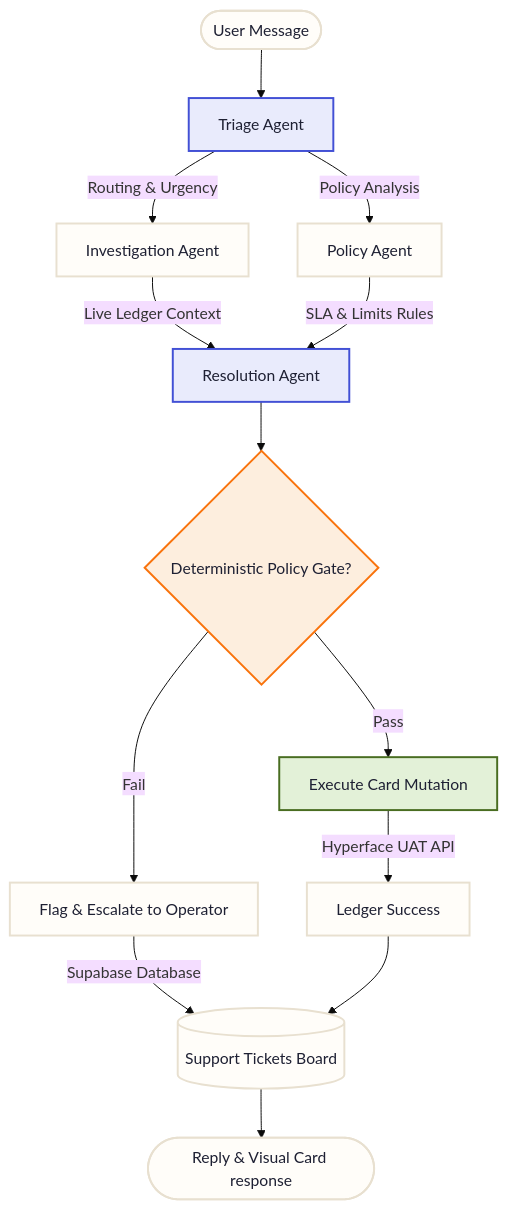
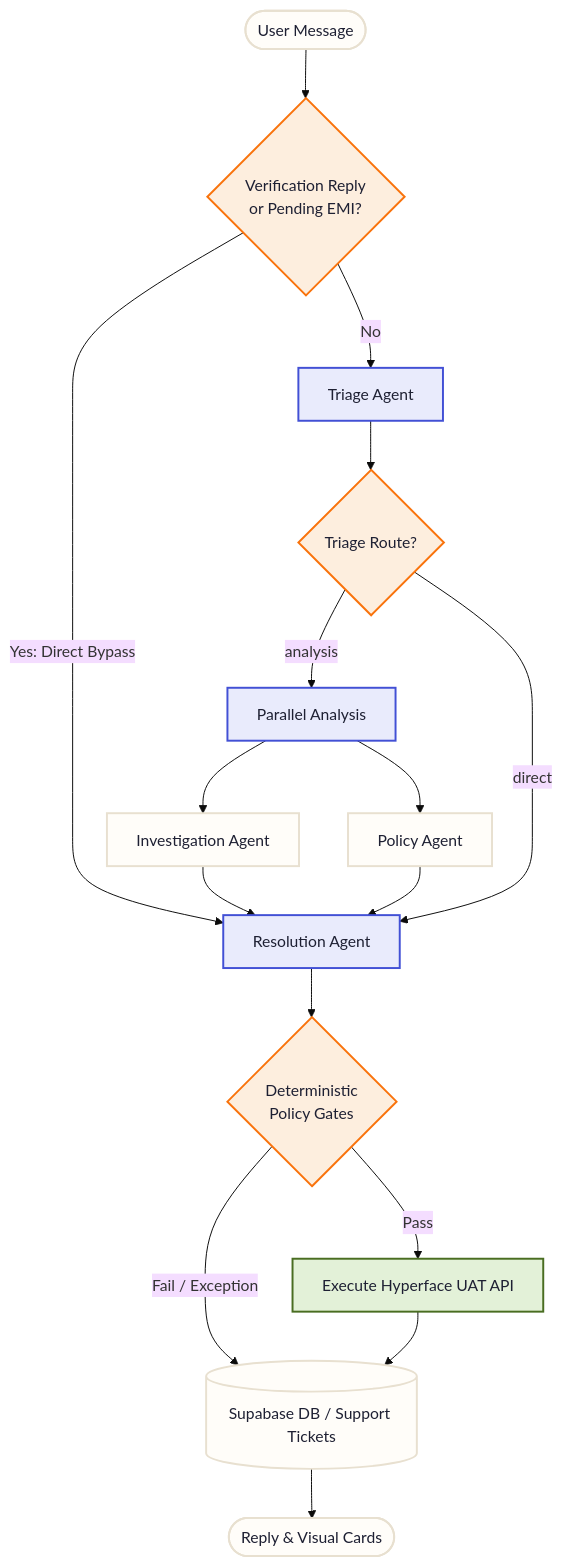
Before and after one commit to Arav-Arun/Kriya: the diagram in README.md, drawn with Mermaid (base theme).

Commit message:
update agent architecture diagram to match chat-turn workflow logic exactly

````diff
--- a/README.md
+++ b/README.md
@@ -48,23 +48,31 @@
 ```mermaid
 graph TD
     classDef default fill:#fffdf9,stroke:#e8e0d0,stroke-width:2px,color:#1e2033;
     classDef highlight fill:#e9ebfc,stroke:#4250d5,stroke-width:2px,color:#1e2033;
     classDef saffron fill:#fdeede,stroke:#f9730c,stroke-width:2px,color:#1e2033;
     classDef green fill:#e3f1d8,stroke:#496d21,stroke-width:2px,color:#1e2033;
     
-    User([User Message]) --> Triage[Triage Agent]:::highlight
-    Triage --> |Routing & Urgency| Investigation[Investigation Agent]
-    Triage --> |Policy Analysis| Policy[Policy Agent]
+    User([User Message]) --> VerifyCheck{Verification Reply<br>or Pending EMI?}:::saffron
     
-    Investigation --> |Live Ledger Context| Resolution[Resolution Agent]:::highlight
-    Policy --> |SLA & Limits Rules| Resolution
+    VerifyCheck -->|Yes: Direct Bypass| Resolution[Resolution Agent]:::highlight
+    VerifyCheck -->|No| Triage[Triage Agent]:::highlight
     
-    Resolution --> F{Deterministic Policy Gate?}:::saffron
-    F -->|Pass| G[Execute Card Mutation]:::green
-    F -->|Fail| H[Flag & Escalate to Operator]
+    Triage --> RouteCheck{Triage Route?}:::saffron
     
-    G --> |Hyperface UAT API| I[Ledger Success]
-    H --> |Supabase Database| J[(Support Tickets Board)]
-    I --> J
-    J --> Reply([Reply & Visual Card response])
+    RouteCheck -->|analysis| Parallel[Parallel Analysis]:::highlight
+    Parallel --> Investigation[Investigation Agent]
+    Parallel --> Policy[Policy Agent]
+    
+    Investigation --> Resolution
+    Policy --> Resolution
+    
+    RouteCheck -->|direct| Resolution
+    
+    Resolution --> Tools{Deterministic<br>Policy Gates}:::saffron
+    
+    Tools -->|Pass| Ledger[Execute Hyperface UAT API]:::green
+    Tools -->|Fail / Exception| DB[(Supabase DB / Support Tickets)]
+    
+    Ledger --> DB
+    DB --> Reply([Reply & Visual Cards])
 ```
````
